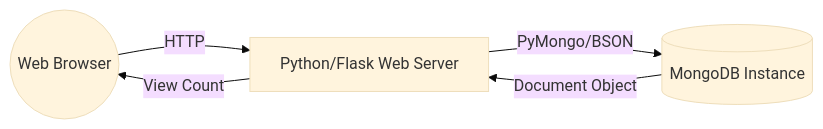
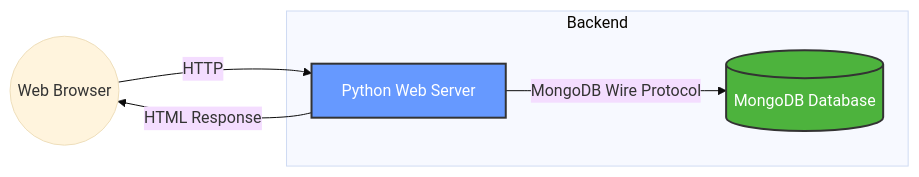
Before and after one commit to LegionYata/csc468Project-2026-Ly: the diagram in README.md, drawn with Mermaid (base theme). The commit also changed other lines of this file, not shown here.

````diff
--- a/README.md
+++ b/README.md
@@ -6,7 +7,13 @@
 ```mermaid
 graph LR
-    User((Web Browser)) -- HTTP --> App[Python/Flask Web Server]
-    App -- PyMongo/BSON --> DB[(MongoDB Instance)]
-    DB -- Document Object --> App
-    App -- View Count --> User
+    User((Web Browser)) -- HTTP --> App
+    
+    subgraph Backend
+        App[Python Web Server] -- MongoDB Wire Protocol --> DB[(MongoDB Database)]
+    end
+    
+    App -- HTML Response --> User
+
+    style DB fill:#4DB33D,stroke:#333,stroke-width:2px,color:#fff
+    style App fill:#69f,stroke:#333,stroke-width:2px,color:#fff
 ```
````
